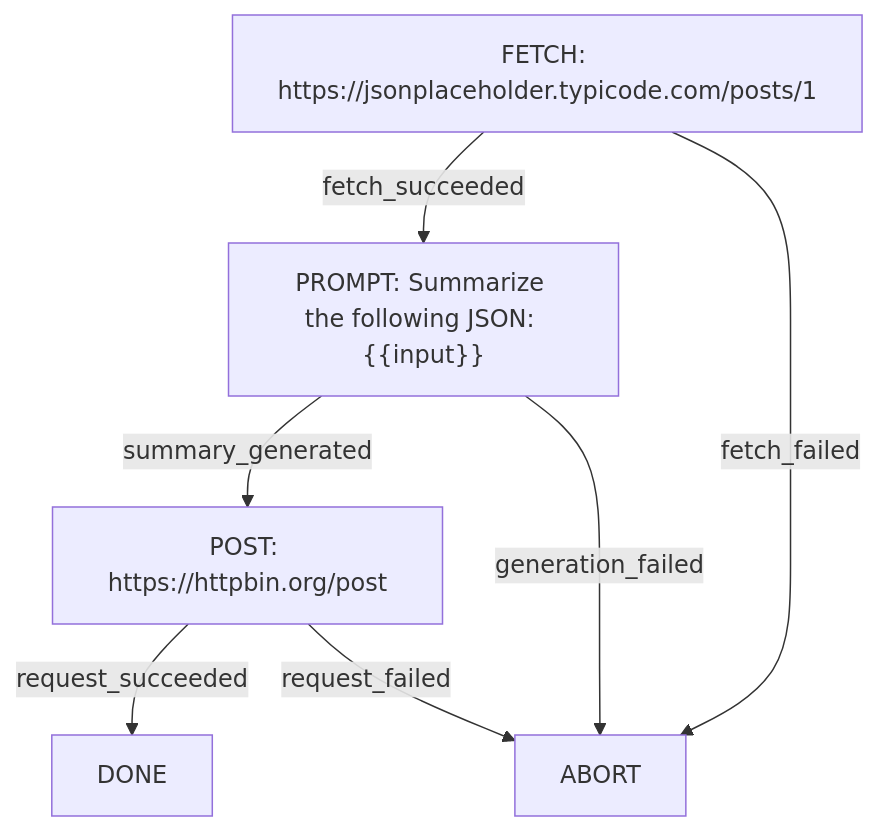
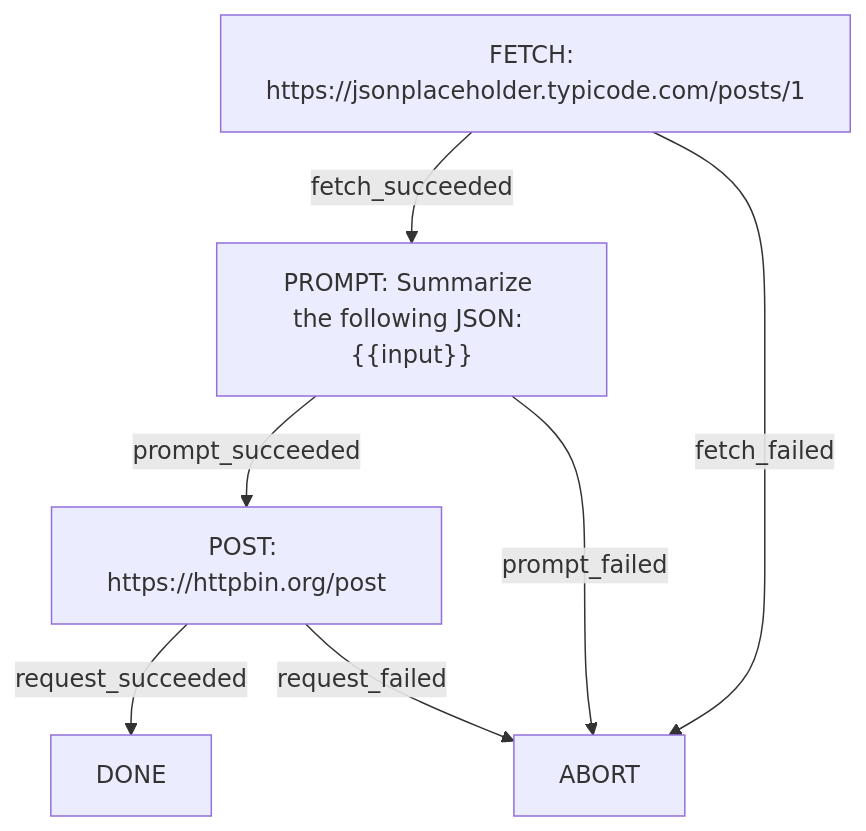
Before and after one commit to leomichalski/paradigmas-trabalho: the diagram in README.md, drawn with Mermaid. The commit also changed 7 other files, not shown here.

````diff
--- a/README.md
+++ b/README.md
@@ -54,15 +54,15 @@
    ```mermaid
    graph TD
       start["FETCH: https://jsonplaceholder.typicode.com/posts/1"]
       summarize["PROMPT: Summarize the following JSON: {{input}}"]
       send["POST: https://httpbin.org/post"]
       abort["ABORT"]
       done["DONE"]
 
       start -->|fetch_succeeded| summarize
       start -->|fetch_failed| abort
-      summarize -->|summary_generated| send
-      summarize -->|generation_failed| abort
+      summarize -->|prompt_succeeded| send
+      summarize -->|prompt_failed| abort
       send -->|request_succeeded| done
       send -->|request_failed| abort
    ```
````
